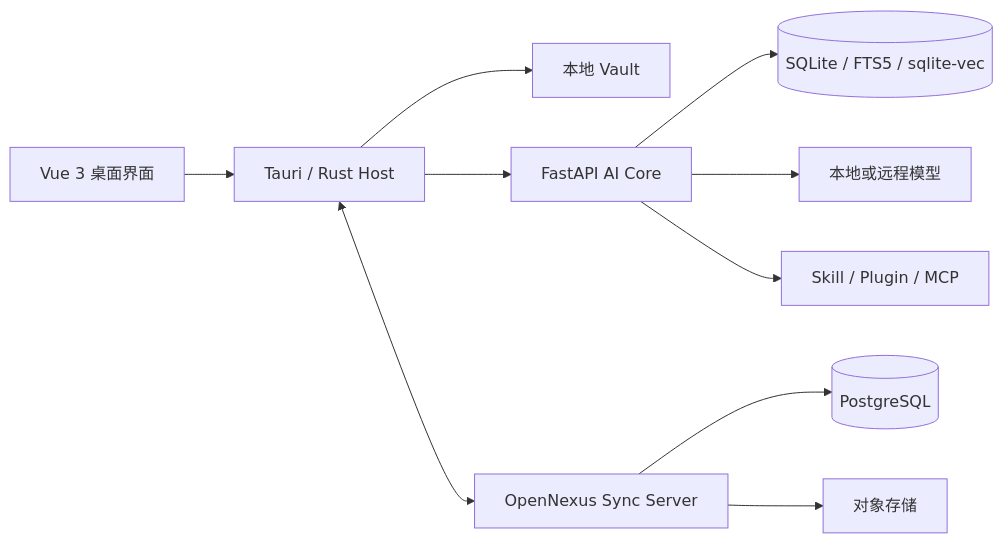
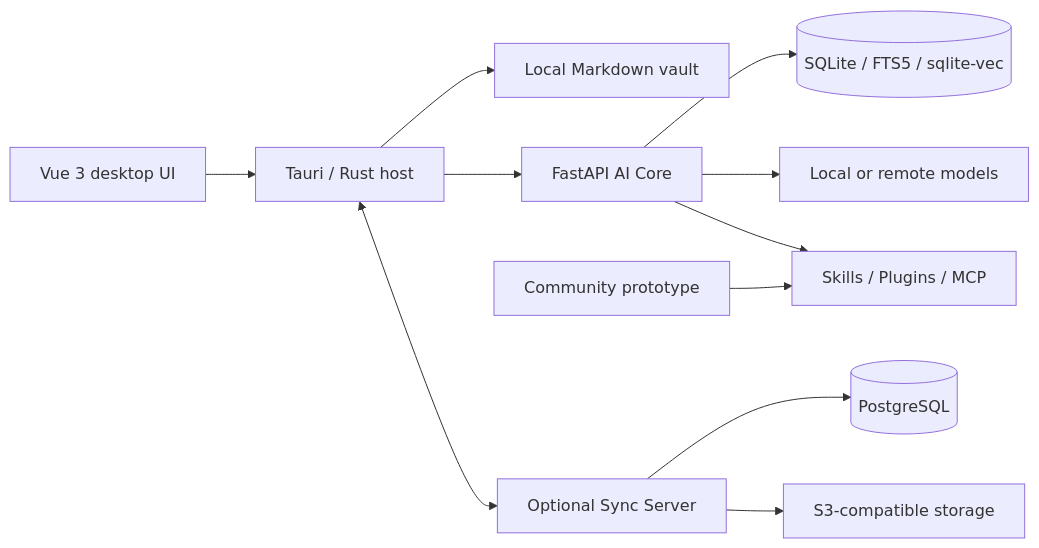
Before and after one commit to KiriAky107/OpenNexus: the diagram in README.md, drawn with Mermaid. The commit also changed other lines of this file and 48 other files, not shown here.

Commit message:
release: prepare OpenNexus 0.5.2-alpha1

````diff
--- a/README.md
+++ b/README.md
@@ -20,12 +27,13 @@
 ```mermaid
 flowchart LR
-    UI[Vue 3 桌面界面] --> HOST[Tauri / Rust Host]
-    HOST --> VAULT[本地 Vault]
+    UI[Vue 3 desktop UI] --> HOST[Tauri / Rust host]
+    HOST --> VAULT[Local Markdown vault]
     HOST --> CORE[FastAPI AI Core]
     CORE --> INDEX[(SQLite / FTS5 / sqlite-vec)]
-    CORE --> MODEL[本地或远程模型]
-    CORE --> EXT[Skill / Plugin / MCP]
-    HOST <--> SYNC[OpenNexus Sync Server]
-    SYNC --> PG[(PostgreSQL)]
-    SYNC --> OBJ[对象存储]
+    CORE --> MODEL[Local or remote models]
+    CORE --> EXT[Skills / Plugins / MCP]
+    HOST <--> SYNC[Optional Sync Server]
+    SYNC --> DB[(PostgreSQL)]
+    SYNC --> OBJ[S3-compatible storage]
+    COMMUNITY[Community prototype] --> EXT
 ```
````
